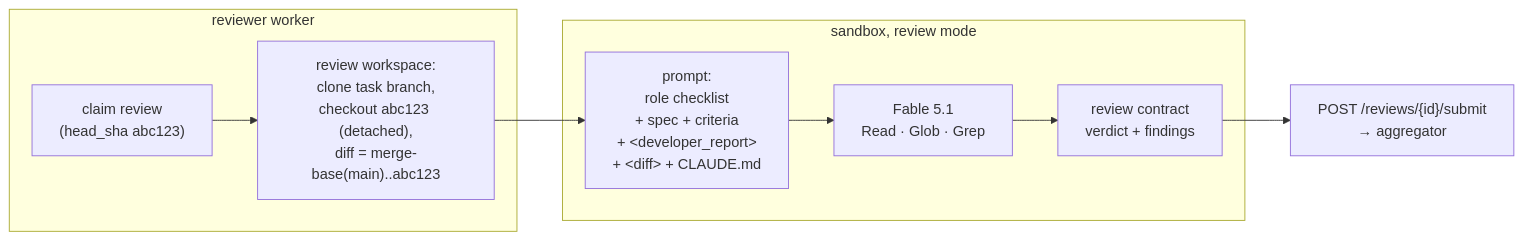
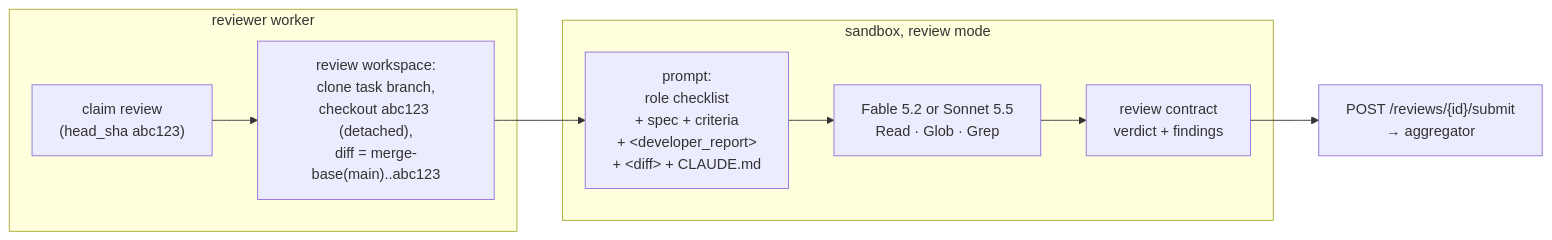
The tenth of 20 diagrams in docs/guide/12-reviews-and-ci.md (bharathcmbox/axiom), drawn with Mermaid before and after one commit. The commit also changed other lines of this file and 18 other files, not shown here.

First line of the commit message:
Phase 5 T1: Fable 5.2 for code review, Sonnet 5.5 for security review

````diff
--- a/docs/guide/12-reviews-and-ci.md
+++ b/docs/guide/12-reviews-and-ci.md
@@ -265,12 +265,12 @@
 ```mermaid
 flowchart LR
     subgraph harness["reviewer worker"]
         claim["claim review<br/>(head_sha abc123)"] --> ws["review workspace:<br/>clone task branch,<br/>checkout abc123 (detached),<br/>diff = merge-base(main)..abc123"]
     end
     subgraph sbx["sandbox, review mode"]
-        prompt["prompt:<br/>role checklist<br/>+ spec + criteria<br/>+ &lt;developer_report&gt;<br/>+ &lt;diff&gt; + CLAUDE.md"] --> agent["Fable 5.1<br/>Read · Glob · Grep"]
+        prompt["prompt:<br/>role checklist<br/>+ spec + criteria<br/>+ &lt;developer_report&gt;<br/>+ &lt;diff&gt; + CLAUDE.md"] --> agent["Fable 5.2 or Sonnet 5.5<br/>Read · Glob · Grep"]
         agent --> contract["review contract<br/>verdict + findings"]
     end
     ws --> prompt
     contract --> axiom["POST /reviews/{id}/submit<br/>→ aggregator"]
 ```
````
